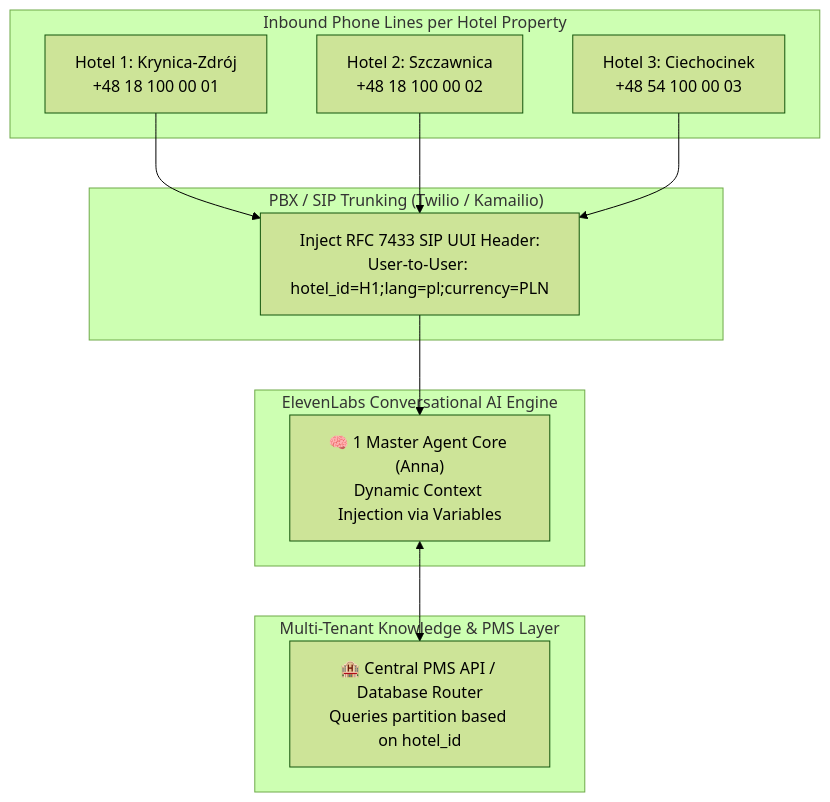
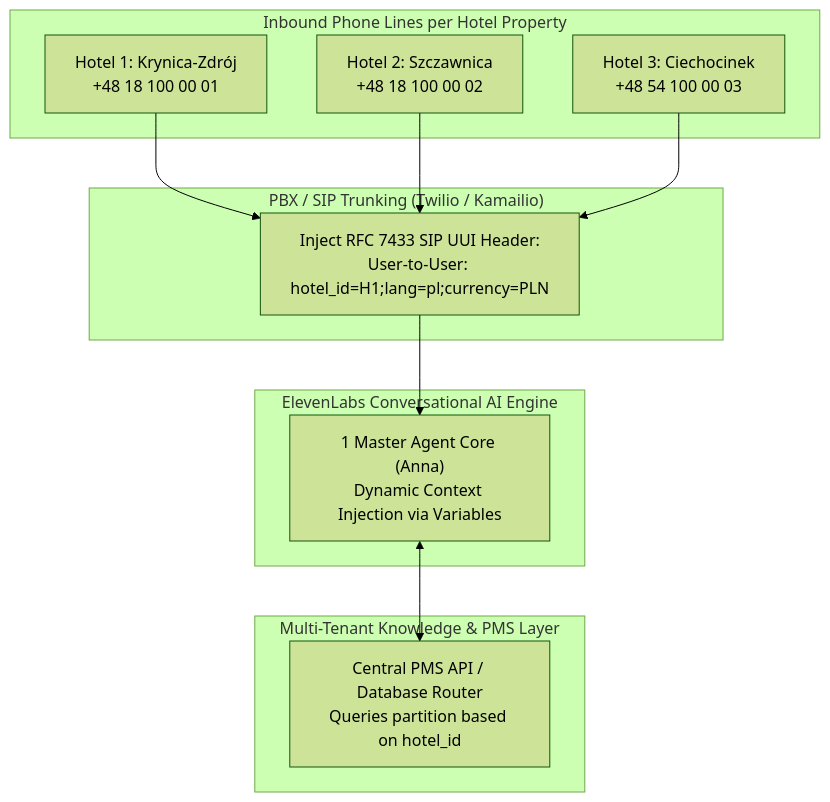
One commit to kpulka/Elevenlabs_SpaHotel_PoC changed the fourth of 5 diagrams in docs/architecture-diagrams.md. Above: the diagram before and after it, drawn with Mermaid (forest theme). The commit also changed other lines of this file and 14 other files, not shown here.

````diff
--- a/docs/architecture-diagrams.md
+++ b/docs/architecture-diagrams.md
@@ -110,24 +110,24 @@
 ```mermaid
 flowchart TD
     subgraph INBOUND_NUMBERS ["Inbound Phone Lines per Hotel Property"]
         H1["Hotel 1: Krynica-Zdrój\n+48 18 100 00 01"]
         H2["Hotel 2: Szczawnica\n+48 18 100 00 02"]
         H3["Hotel 3: Ciechocinek\n+48 54 100 00 03"]
     end
 
     subgraph TELEPHONY ["PBX / SIP Trunking (Twilio / Kamailio)"]
         SIP_HEADER["Inject RFC 7433 SIP UUI Header:\nUser-to-User: hotel_id=H1;lang=pl;currency=PLN"]
     end
 
     subgraph ELEVENLABS ["ElevenLabs Conversational AI Engine"]
-        MASTER_AGENT["🧠 1 Master Agent Core (Anna)\nDynamic Context Injection via Variables"]
+        MASTER_AGENT[" 1 Master Agent Core (Anna)\nDynamic Context Injection via Variables"]
     end
 
     subgraph DATA_SOURCES ["Multi-Tenant Knowledge & PMS Layer"]
-        PMS_MULTI["🏨 Central PMS API / Database Router\nQueries partition based on hotel_id"]
+        PMS_MULTI[" Central PMS API / Database Router\nQueries partition based on hotel_id"]
     end
 
     H1 & H2 & H3 --> SIP_HEADER
     SIP_HEADER --> MASTER_AGENT
     MASTER_AGENT <--> PMS_MULTI
 ```
````
